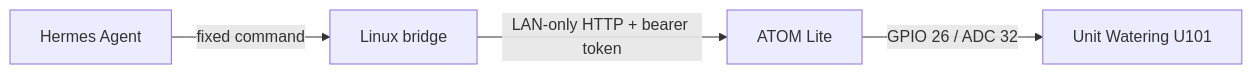
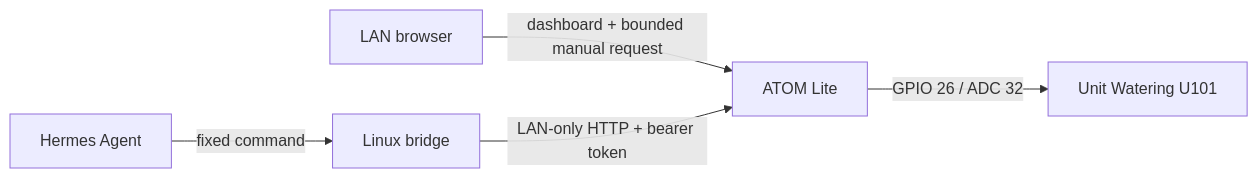
The diagram in README.md (kandotrun/tree), drawn with Mermaid before and after one commit. The commit also changed other lines of this file and 21 other files, not shown here.

````diff
--- a/README.md
+++ b/README.md
@@ -16,6 +16,7 @@
 ```mermaid
 flowchart LR
+    W[LAN browser] -->|dashboard + bounded manual request| A[ATOM Lite]
     H[Hermes Agent] -->|fixed command| B[Linux bridge]
     B -->|LAN-only HTTP + bearer token| A[ATOM Lite]
     A -->|GPIO 26 / ADC 32| U[Unit Watering U101]
 ```
````
